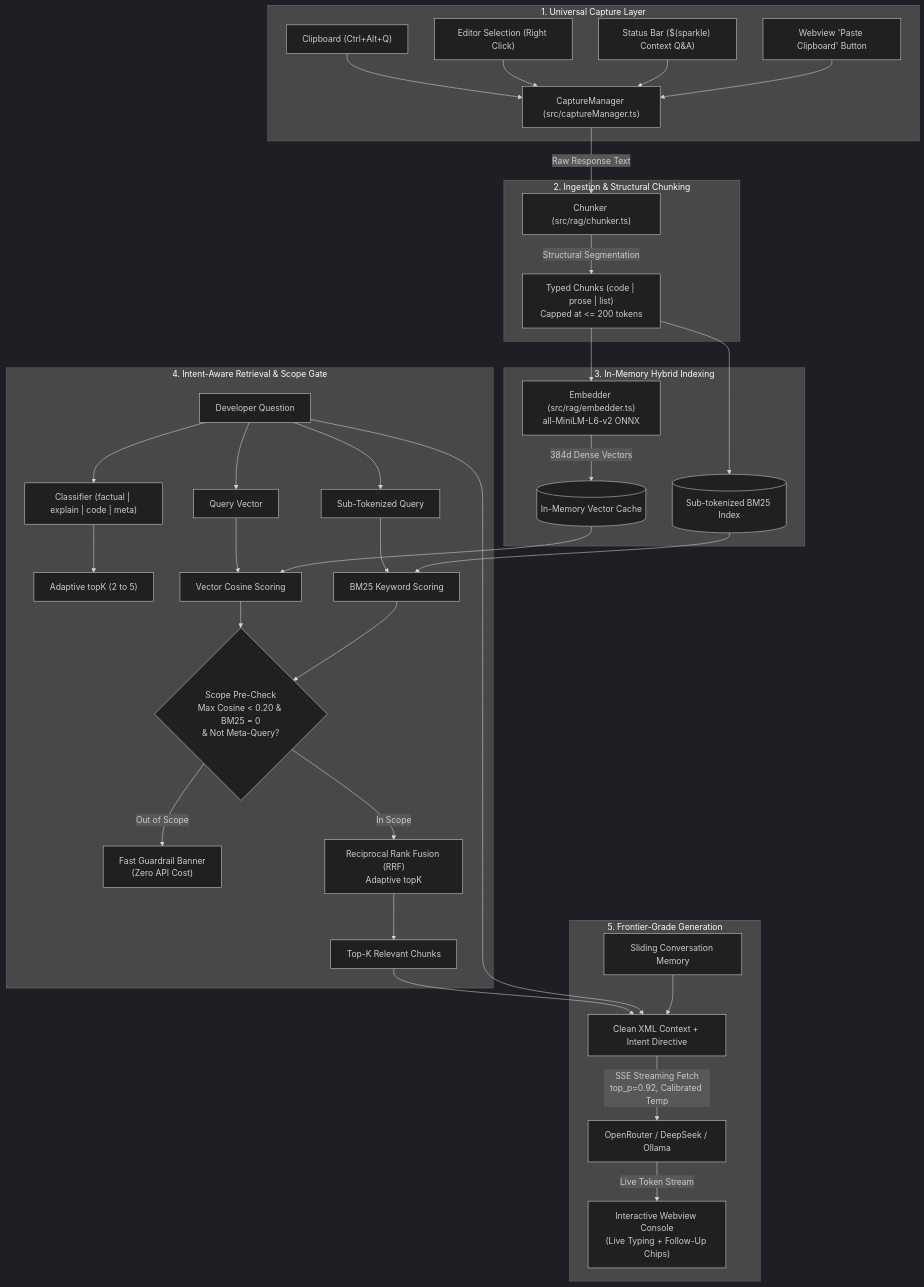
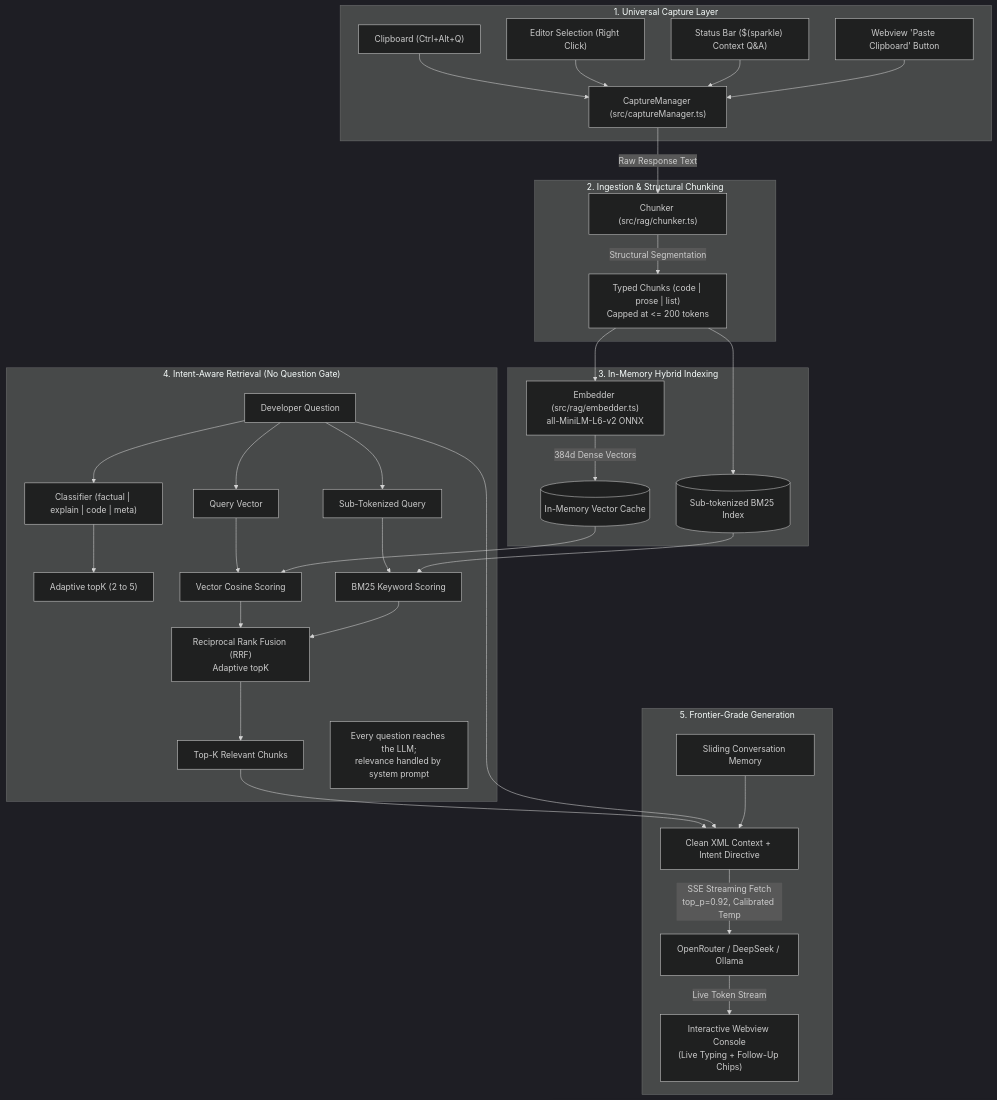
One commit to abhishek3059/Agentic-chat-QA-bot changed the diagram in README.md. Above: the diagram before and after it, drawn with Mermaid (dark theme). The commit also changed other lines of this file and 39 other files, not shown here.

````diff
--- a/README.md
+++ b/README.md
@@ -90,42 +121,41 @@
 ```mermaid
 flowchart TD
     subgraph CaptureLayer ["1. Universal Capture Layer"]
         C1["Clipboard (Ctrl+Alt+Q)"] --> CM["CaptureManager (src/captureManager.ts)"]
         C2["Editor Selection (Right Click)"] --> CM
         C3["Status Bar ($(sparkle) Context Q&A)"] --> CM
         C4["Webview 'Paste Clipboard' Button"] --> CM
     end
 
     subgraph Ingestion ["2. Ingestion & Structural Chunking"]
         CM -->|Raw Response Text| CH["Chunker (src/rag/chunker.ts)"]
         CH -->|Structural Segmentation| Chunks["Typed Chunks (code | prose | list)<br/>Capped at <= 200 tokens"]
     end
 
     subgraph VectorBM25 ["3. In-Memory Hybrid Indexing"]
         Chunks --> EMB["Embedder (src/rag/embedder.ts)<br/>all-MiniLM-L6-v2 ONNX"]
         EMB -->|384d Dense Vectors| VStore[("In-Memory Vector Cache")]
         Chunks --> BMIndex[("Sub-tokenized BM25 Index")]
     end
 
-    subgraph Retrieval ["4. Intent-Aware Retrieval & Scope Gate"]
+    subgraph Retrieval ["4. Intent-Aware Retrieval (No Question Gate)"]
         UQ["Developer Question"] --> Intent["Classifier (factual | explain | code | meta)"]
         Intent --> AdaptiveK["Adaptive topK (2 to 5)"]
         UQ --> QEmb["Query Vector"]
         UQ --> QTokens["Sub-Tokenized Query"]
-        
+
         QEmb & VStore --> Cosine["Vector Cosine Scoring"]
         QTokens & BMIndex --> BM25["BM25 Keyword Scoring"]
-        
-        Cosine & BM25 --> Gate{"Scope Pre-Check<br/>Max Cosine < 0.20 & BM25 = 0<br/>& Not Meta-Query?"}
-        Gate -- "Out of Scope" --> Refuse["Fast Guardrail Banner<br/>(Zero API Cost)"]
-        Gate -- "In Scope" --> RRF["Reciprocal Rank Fusion (RRF)<br/>Adaptive topK"]
+
+        Cosine & BM25 --> RRF["Reciprocal Rank Fusion (RRF)<br/>Adaptive topK"]
         RRF --> TopK["Top-K Relevant Chunks"]
+        Note["Every question reaches the LLM;<br/>relevance handled by system prompt"]
     end
 
     subgraph Generation ["5. Frontier-Grade Generation"]
         TopK & UQ --> GEN["Clean XML Context + Intent Directive"]
         Hist["Sliding Conversation Memory"] --> GEN
         GEN -->|SSE Streaming Fetch<br/>top_p=0.92, Calibrated Temp| LLMEndpoint["OpenRouter / DeepSeek / Ollama"]
         LLMEndpoint -->|Live Token Stream| WV["Interactive Webview Console<br/>(Live Typing + Follow-Up Chips)"]
     end
 ```
````
